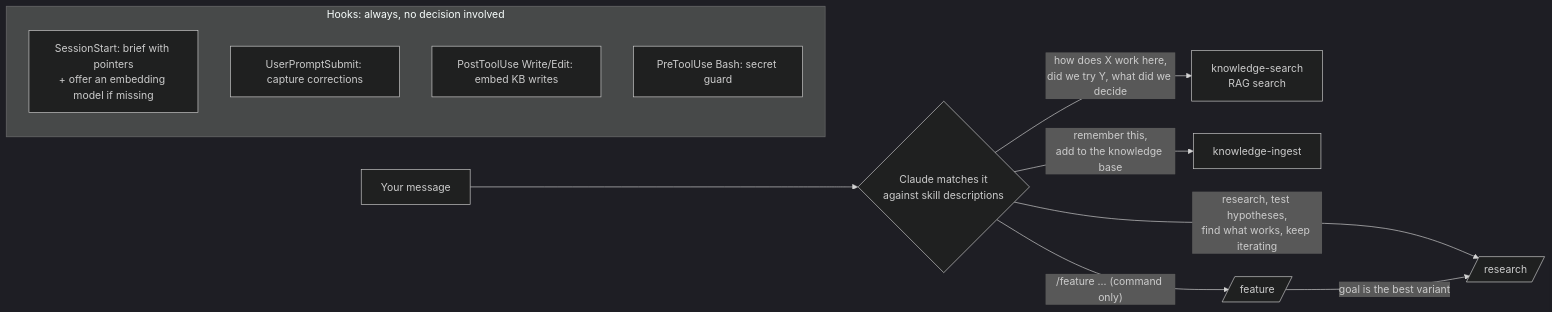
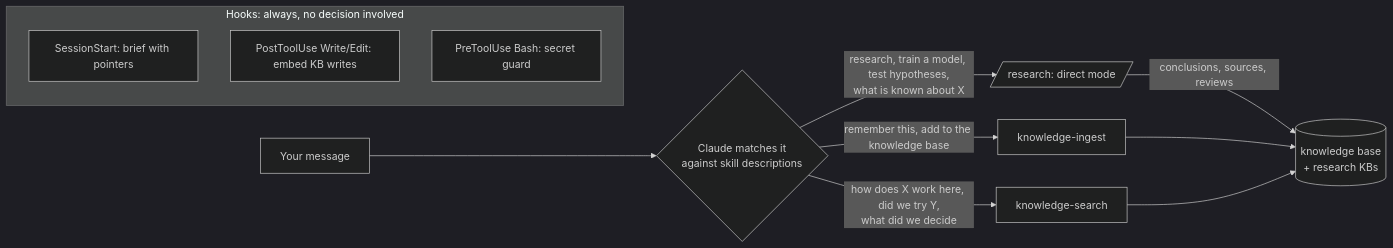
One commit to nikserbur/autolearn changed the first of 4 diagrams in README.md. Above: the diagram before and after it, drawn with Mermaid (dark theme). The commit also changed other lines of this file and 14 other files, not shown here.

````diff
--- a/README.md
+++ b/README.md
@@ -83,15 +43,15 @@
 ```mermaid
 flowchart LR
   U[Your message] --> M{Claude matches it<br/>against skill descriptions}
-  M -- "research, test hypotheses,<br/>find what works, keep iterating" --> RS[/research/]
-  M -- "how does X work here,<br/>did we try Y, what did we decide" --> KR[knowledge-search<br/>RAG search]
-  M -- "remember this,<br/>add to the knowledge base" --> KI[knowledge-ingest]
-  M -- "/feature ... (command only)" --> F[/feature/]
-  F -- "goal is the best variant" --> RS
+  M -- "research, train a model, test hypotheses,<br/>what is known about X" --> RS[/research: direct mode/]
+  M -- "how does X work here, did we try Y,<br/>what did we decide" --> KS[knowledge-search]
+  M -- "remember this, add to the knowledge base" --> KI[knowledge-ingest]
+  RS -- "conclusions, sources, reviews" --> KB[(knowledge base<br/>+ research KBs)]
+  KI --> KB
+  KS --> KB
   subgraph Hooks["Hooks: always, no decision involved"]
-    H1[SessionStart: brief with pointers<br/>+ offer an embedding model if missing]
-    H2[UserPromptSubmit: capture corrections]
-    H3[PostToolUse Write/Edit: embed KB writes]
-    H4[PreToolUse Bash: secret guard]
+    H1[SessionStart: brief with pointers]
+    H2[PostToolUse Write/Edit: embed KB writes]
+    H3[PreToolUse Bash: secret guard]
   end
 ```
````
